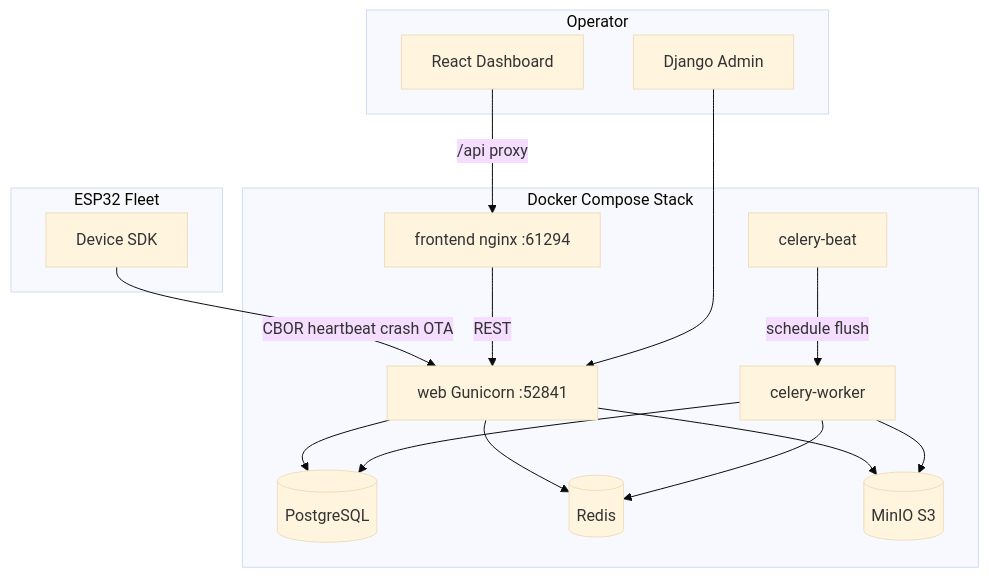
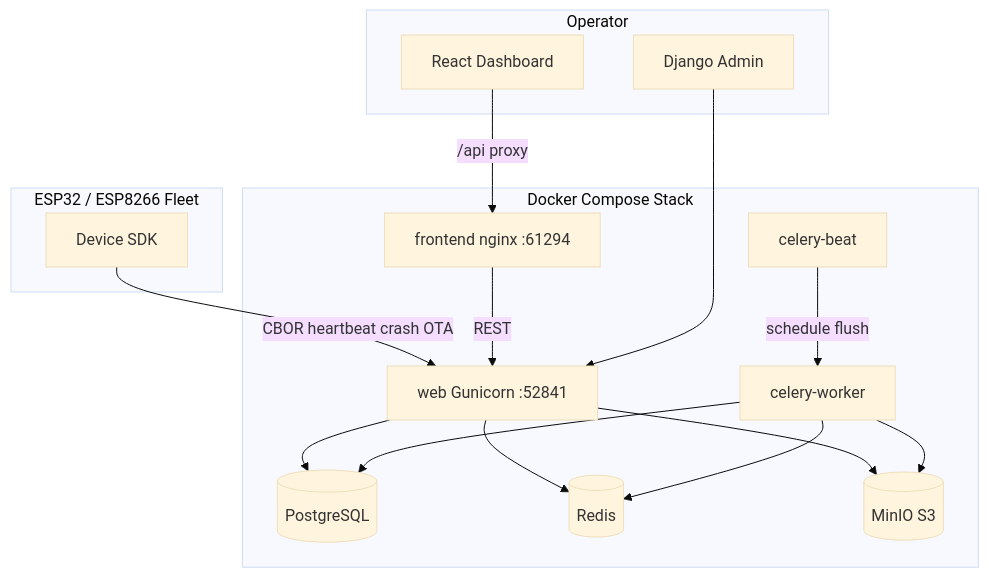
Before and after one commit to atzounis/fleet_manager: the first of 4 diagrams in README.md, drawn with Mermaid (base theme). The commit also changed other lines of this file and 4 other files, not shown here.

````diff
--- a/README.md
+++ b/README.md
@@ -23,33 +24,33 @@
 ```mermaid
 flowchart TB
-  subgraph devices [ESP32 Fleet]
+  subgraph devices [ESP32 / ESP8266 Fleet]
     ESP[Device SDK]
   end
 
   subgraph edge [Operator]
     UI[React Dashboard]
     ADM[Django Admin]
   end
 
   subgraph docker [Docker Compose Stack]
     NGX[frontend nginx :61294]
     WEB[web Gunicorn :52841]
     CW[celery-worker]
     CB[celery-beat]
     PG[(PostgreSQL)]
     RD[(Redis)]
     S3[(MinIO S3)]
   end
 
   ESP -->|CBOR heartbeat crash OTA| WEB
   UI -->|/api proxy| NGX
   NGX -->|REST| WEB
   ADM --> WEB
   WEB --> PG
   WEB --> RD
   WEB --> S3
   CW --> PG
   CW --> RD
   CW --> S3
   CB -->|schedule flush| CW
 ```
````
